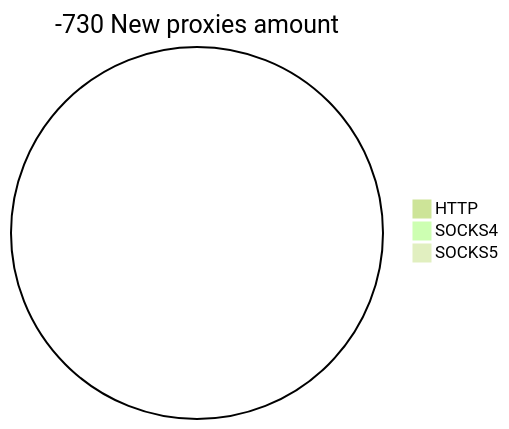
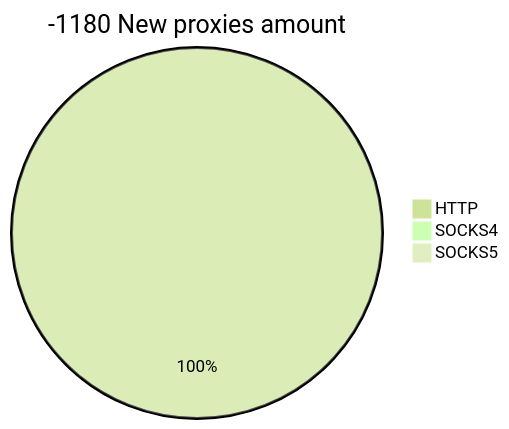
The second of 2 diagrams in README.md (cutipu/proxylist), drawn with Mermaid (forest theme) before and after one commit. The commit also changed other lines of this file, not shown here.

````diff
--- a/README.md
+++ b/README.md
@@ -10,6 +10,6 @@
 ```mermaid
-pie title -730 New proxies amount
-    "HTTP" : 0
+pie title -1180 New proxies amount
+    "HTTP" : 54
     "SOCKS4" : 0
     "SOCKS5" : 0
 ```
````
